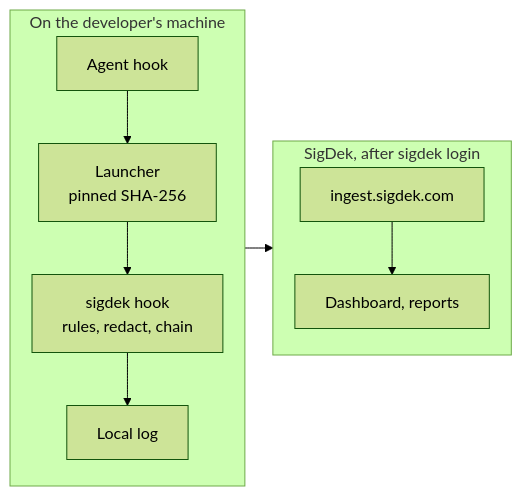
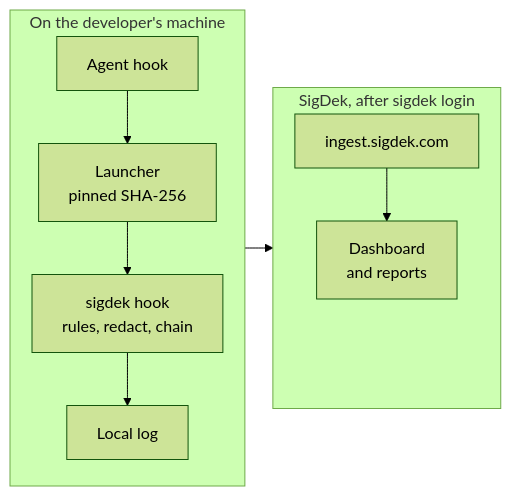
The diagram in README.md (tektonsoftware/sigdek), drawn with Mermaid (forest theme) before and after one commit.

Commit message:
README: the diagram's SigDek column sits clear of GitHub's zoom buttons on a phone

````diff
--- a/README.md
+++ b/README.md
@@ -95,13 +95,15 @@
 ```mermaid
 %%{init: {"flowchart": {"nodeSpacing": 24, "rankSpacing": 28}}}%%
 flowchart LR
   subgraph M["On the developer's machine"]
     direction TB
     A["Agent hook"] --> B["Launcher<br/>pinned SHA-256"] --> C["sigdek hook<br/>rules, redact, chain"] --> D["Local log"]
   end
   subgraph S["SigDek, after sigdek login"]
     direction TB
-    E["ingest.sigdek.com"] --> F["Dashboard, reports"]
+    E["ingest.sigdek.com"] --> F["Dashboard<br/>and reports"]
+    F ~~~ X[" "]
   end
   M --> S
+  style X fill:none,stroke:none
 ```
````
